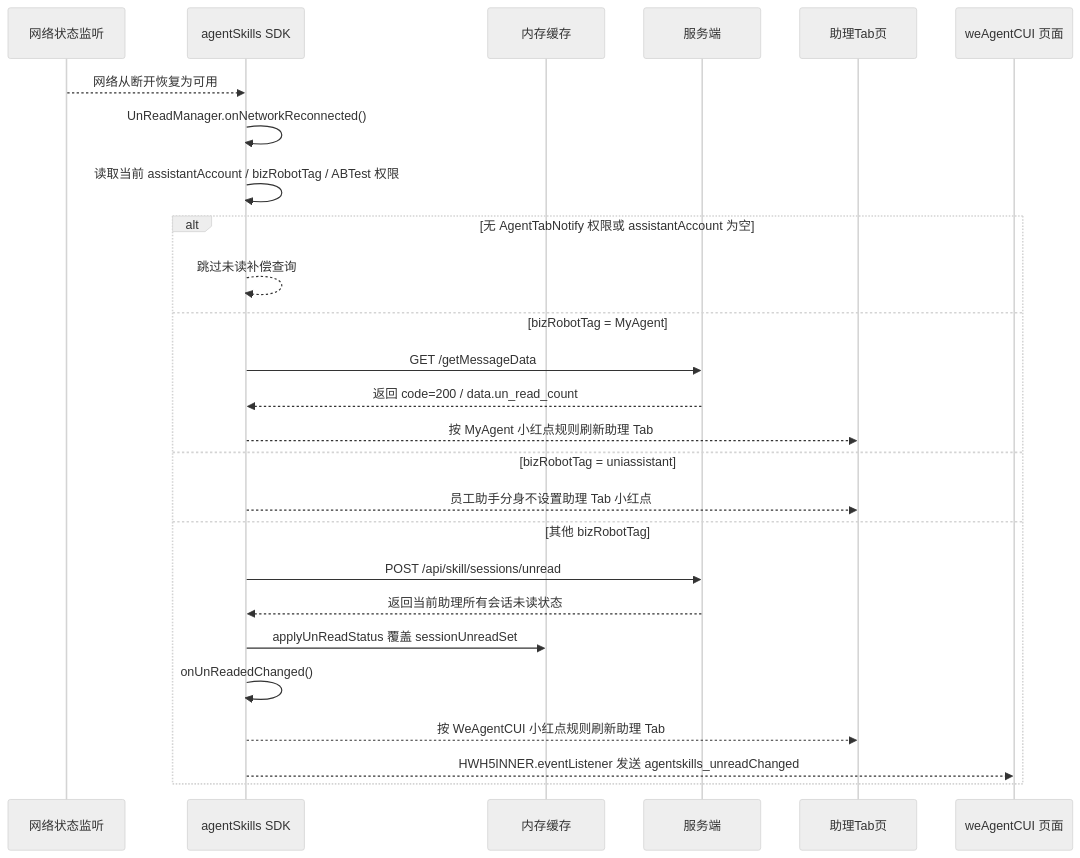
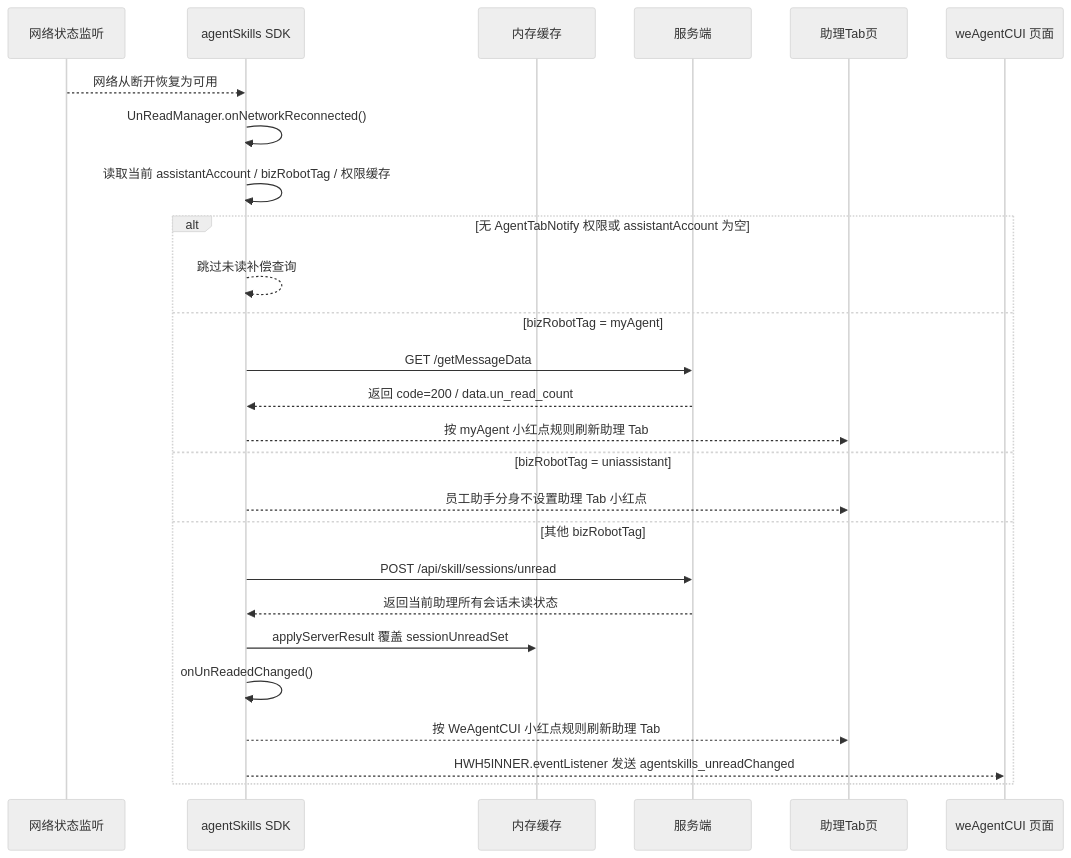
The tenth of 10 diagrams in 2026-06-11-we-agent-tab-unread-red-dot-plan.md (Abelsjcheng/skillSDK), drawn with Mermaid (neutral theme) before and after one commit. The commit also changed other lines of this file, not shown here.

````diff
--- a/2026-06-11-we-agent-tab-unread-red-dot-plan.md
+++ b/2026-06-11-we-agent-tab-unread-red-dot-plan.md
@@ -408,29 +412,29 @@
 ```mermaid
 sequenceDiagram
     participant Net as 网络状态监听
     participant SDK as agentSkills SDK
     participant Memory as 内存缓存
     participant Server as 服务端
     participant Tab as 助理Tab页
     participant CUI as weAgentCUI 页面
 
     Net-->>SDK: 网络从断开恢复为可用
     SDK->>SDK: UnReadManager.onNetworkReconnected()
-    SDK->>SDK: 读取当前 assistantAccount / bizRobotTag / ABTest 权限
+    SDK->>SDK: 读取当前 assistantAccount / bizRobotTag / 权限缓存
     alt 无 AgentTabNotify 权限或 assistantAccount 为空
         SDK-->>SDK: 跳过未读补偿查询
-    else bizRobotTag = MyAgent
+    else bizRobotTag = myAgent
         SDK->>Server: GET /getMessageData
         Server-->>SDK: 返回 code=200 / data.un_read_count
-        SDK-->>Tab: 按 MyAgent 小红点规则刷新助理 Tab
+        SDK-->>Tab: 按 myAgent 小红点规则刷新助理 Tab
     else bizRobotTag = uniassistant
         SDK-->>Tab: 员工助手分身不设置助理 Tab 小红点
     else 其他 bizRobotTag
         SDK->>Server: POST /api/skill/sessions/unread
         Server-->>SDK: 返回当前助理所有会话未读状态
-        SDK->>Memory: applyUnReadStatus 覆盖 sessionUnreadSet
+        SDK->>Memory: applyServerResult 覆盖 sessionUnreadSet
         SDK->>SDK: onUnReadedChanged()
         SDK-->>Tab: 按 WeAgentCUI 小红点规则刷新助理 Tab
         SDK-->>CUI: HWH5INNER.eventListener 发送 agentskills_unreadChanged
     end
 ```
````
